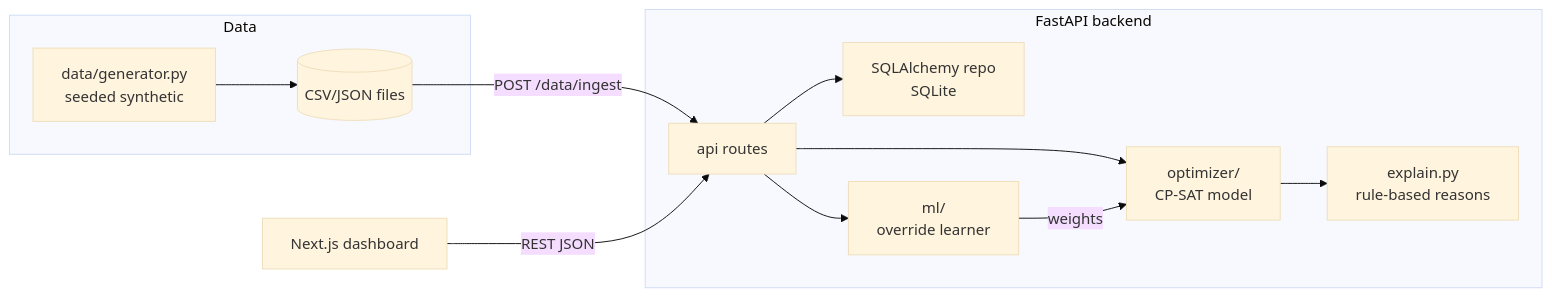
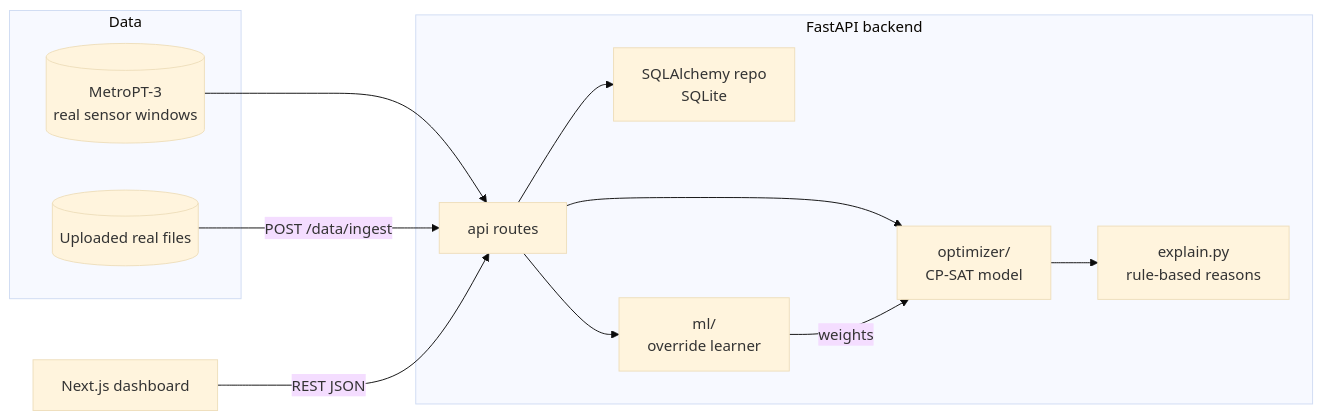
One commit to AyushDas4890/metrosched changed the diagram in docs/ARCHITECTURE.md. Above: the diagram before and after it, drawn with Mermaid (base theme). The commit also changed other lines of this file and 61 other files, not shown here.

First line of the commit message:
Remove synthetic data; plan from real MetroPT-3 data only

````diff
--- a/docs/ARCHITECTURE.md
+++ b/docs/ARCHITECTURE.md
@@ -14,15 +14,17 @@
 ```mermaid
 flowchart LR
   subgraph Data
-    GEN[data/generator.py<br/>seeded synthetic] --> CSV[(CSV/JSON files)]
+    MPT[(MetroPT-3<br/>real sensor windows)]
+    UP[(Uploaded real files)]
   end
-  CSV -->|POST /data/ingest| API
+  MPT --> API
+  UP -->|POST /data/ingest| API
   subgraph Backend [FastAPI backend]
     API[api routes] --> REPO[SQLAlchemy repo<br/>SQLite]
     API --> OPT[optimizer/<br/>CP-SAT model]
     API --> ML[ml/<br/>override learner]
     ML -->|weights| OPT
     OPT --> EXP[explain.py<br/>rule-based reasons]
   end
   UI[Next.js dashboard] -->|REST JSON| API
 ```
````
